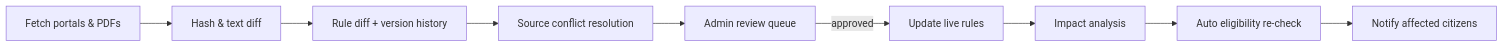
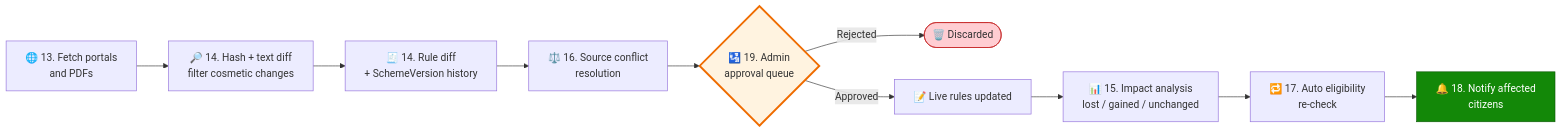
Before and after one commit to Akshatsrii/Adhikar: the eighth of 11 diagrams in README.md, drawn with Mermaid. The commit also changed other lines of this file, not shown here.

````diff
--- a/README.md
+++ b/README.md
@@ -155,11 +427,16 @@
 ```mermaid
 flowchart LR
-    A[Fetch portals & PDFs] --> B[Hash & text diff]
-    B --> C[Rule diff + version history]
-    C --> D[Source conflict resolution]
-    D --> E[Admin review queue]
-    E -->|approved| F[Update live rules]
-    F --> G[Impact analysis]
-    G --> H[Auto eligibility re-check]
-    H --> I[Notify affected citizens]
+    A["🌐 13. Fetch portals<br/>and PDFs"] --> B["🔎 14. Hash + text diff<br/>filter cosmetic changes"]
+    B --> C["🧾 14. Rule diff<br/>+ SchemeVersion history"]
+    C --> D["⚖️ 16. Source conflict<br/>resolution"]
+    D --> E{"🛂 19. Admin<br/>approval queue"}
+    E -->|"Rejected"| Z(["🗑️ Discarded"])
+    E -->|"Approved"| F["📝 Live rules updated"]
+    F --> G["📊 15. Impact analysis<br/>lost / gained / unchanged"]
+    G --> H["🔁 17. Auto eligibility<br/>re-check"]
+    H --> I["🔔 18. Notify affected<br/>citizens"]
+
+    style E fill:#fff3e0,stroke:#ef6c00,stroke-width:3px
+    style I fill:#138808,color:#fff,stroke:#0b5a05
+    style Z fill:#ffcdd2,stroke:#c62828
 ```
````
